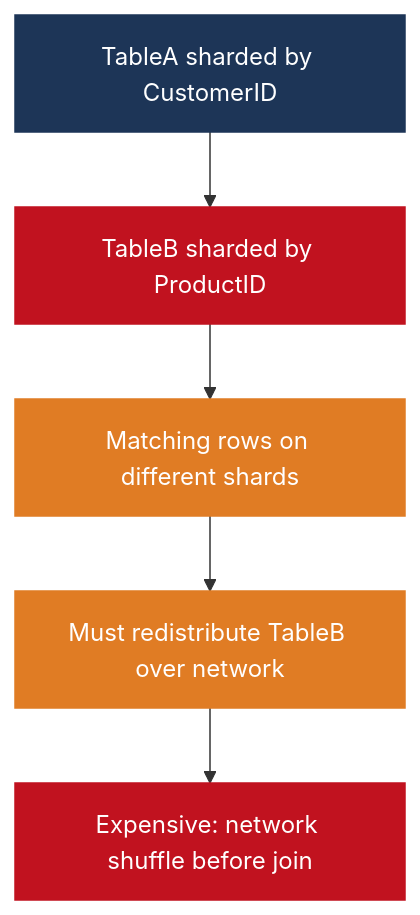
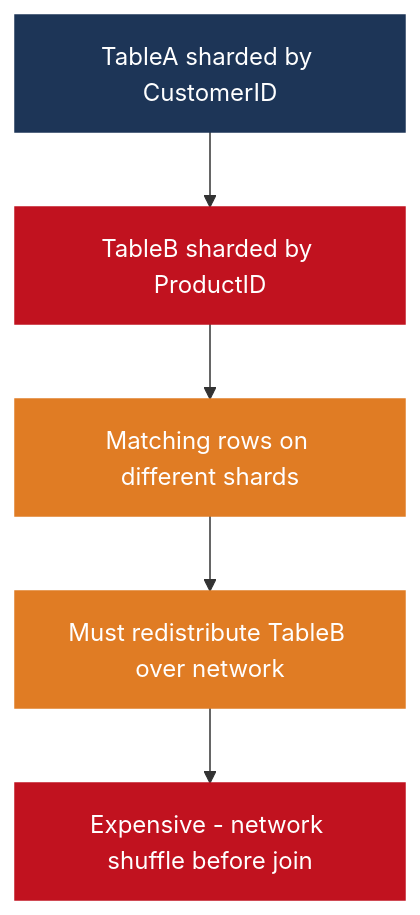
Before and after one commit to MuhammadTahaNasir/Big-Data-Analytics-Notes: the sixth of 16 diagrams in Week3/Lecture3_Partitioning_Sharding_Caching_QueryOpt.md, drawn with Mermaid. The commit also changed other lines of this file, not shown here.

````diff
--- a/Week3/Lecture3_Partitioning_Sharding_Caching_QueryOpt.md
+++ b/Week3/Lecture3_Partitioning_Sharding_Caching_QueryOpt.md
@@ -229,13 +229,13 @@
 ```mermaid
 flowchart TD
     Q[TableA sharded by CustomerID] --> PROB[TableB sharded by ProductID]
     PROB --> SHUFFLE[Matching rows on different shards]
     SHUFFLE --> REPART[Must redistribute TableB over network]
-    REPART --> COST[Expensive: network shuffle before join]
+    REPART --> COST[Expensive - network shuffle before join]
 
     style Q fill:#1d3557,color:#fff,stroke:#1d3557
     style PROB fill:#c1121f,color:#fff,stroke:#c1121f
     style SHUFFLE fill:#e07c24,color:#fff,stroke:#e07c24
     style REPART fill:#e07c24,color:#fff,stroke:#e07c24
     style COST fill:#c1121f,color:#fff,stroke:#c1121f
 ```
````
